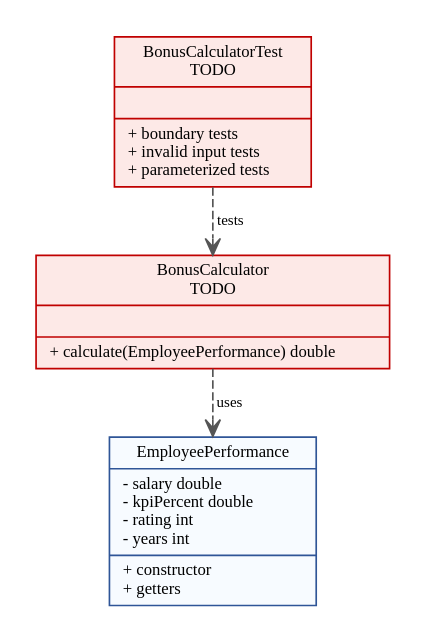
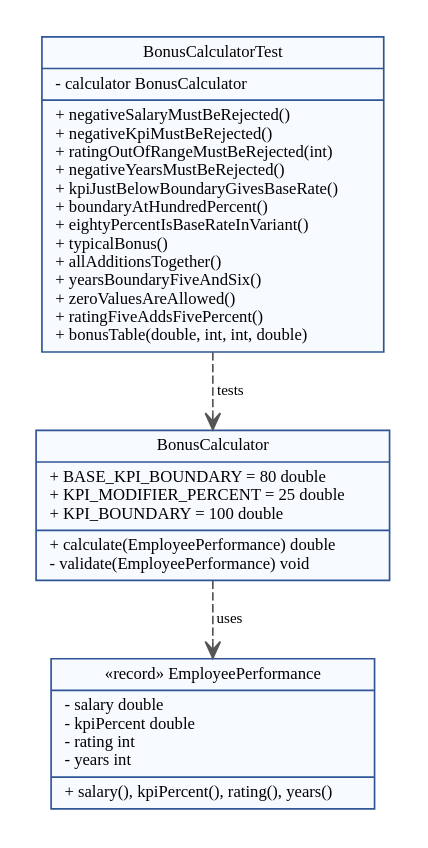
One commit to svpeditor/pr14-klimashevskiy-da changed the diagram in diagrams/class.dot. Above: the diagram before and after it, drawn with Graphviz. The commit also changed 3 other files, not shown here.

Commit message:
Итоговые activity-диаграмма и диаграмма классов

```diff
--- a/diagrams/class.dot
+++ b/diagrams/class.dot
@@ -1,10 +1,10 @@
 digraph C {
-graph [rankdir=TB, bgcolor="white", pad=0.2, nodesep=0.35, ranksep=0.4];
+graph [rankdir=TB, bgcolor="white", pad=0.2, nodesep=0.35, ranksep=0.5];
 node [shape=record, style="filled", fontname="Times New Roman", fontsize=10, color="#2F5597", fillcolor="#F7FBFF"];
 edge [fontname="Times New Roman", fontsize=9, color="#555555"];
-c [label="{BonusCalculator\nTODO||+ calculate(EmployeePerformance) double\l}", fillcolor="#FDE9E7", color="#C00000"];
-p [label="{EmployeePerformance|- salary double\l- kpiPercent double\l- rating int\l- years int\l|+ constructor\l+ getters\l}", fillcolor="#F7FBFF", color="#2F5597"];
-t [label="{BonusCalculatorTest\nTODO||+ boundary tests\l+ invalid input tests\l+ parameterized tests\l}", fillcolor="#FDE9E7", color="#C00000"];
+c [label="{BonusCalculator|+ BASE_KPI_BOUNDARY = 80 double\l+ KPI_MODIFIER_PERCENT = 25 double\l+ KPI_BOUNDARY = 100 double\l|+ calculate(EmployeePerformance) double\l- validate(EmployeePerformance) void\l}"];
+p [label="{«record» EmployeePerformance|- salary double\l- kpiPercent double\l- rating int\l- years int\l|+ salary(), kpiPercent(), rating(), years()\l}"];
+t [label="{BonusCalculatorTest|- calculator BonusCalculator\l|+ negativeSalaryMustBeRejected()\l+ negativeKpiMustBeRejected()\l+ ratingOutOfRangeMustBeRejected(int)\l+ negativeYearsMustBeRejected()\l+ kpiJustBelowBoundaryGivesBaseRate()\l+ boundaryAtHundredPercent()\l+ eightyPercentIsBaseRateInVariant()\l+ typicalBonus()\l+ allAdditionsTogether()\l+ yearsBoundaryFiveAndSix()\l+ zeroValuesAreAllowed()\l+ ratingFiveAddsFivePercent()\l+ bonusTable(double, int, int, double)\l}"];
 c -> p [label="uses",style=dashed,arrowhead=open];
 t -> c [label="tests",style=dashed,arrowhead=open];
 }
```
